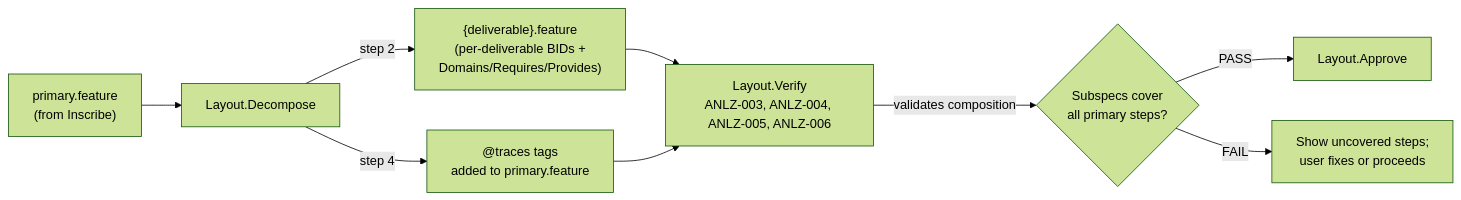
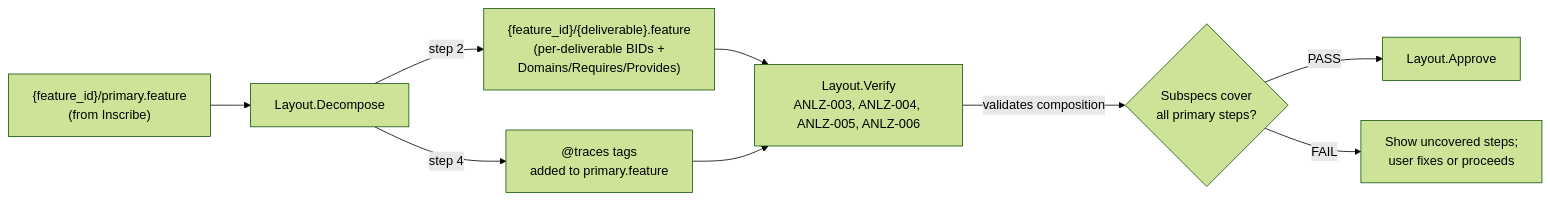
The diagram in docs/diagrams/diagrams.md (v0idbit/haileris), drawn with Mermaid (forest theme) before and after one commit. The commit also changed other lines of this file and 42 other files, not shown here.

````diff
--- a/docs/diagrams/diagrams.md
+++ b/docs/diagrams/diagrams.md
@@ -132,14 +53,14 @@
 ```mermaid
 flowchart LR
-    PS_IN["primary.feature<br>(from Inscribe)"] --> DEC["Layout.Decompose"]
+    PS_IN["{feature_id}/primary.feature<br>(from Inscribe)"] --> DEC["Layout.Decompose"]
 
-    DEC -->|"step 2"| CS["{deliverable}.feature<br>(per-deliverable BIDs +<br>Domains/Requires/Provides)"]
+    DEC -->|"step 2"| CS["{feature_id}/{deliverable}.feature<br>(per-deliverable BIDs +<br>Domains/Requires/Provides)"]
     DEC -->|"step 4"| TR["@traces tags<br>added to primary.feature"]
 
     CS --> V["Layout.Verify<br>ANLZ-003, ANLZ-004, ANLZ-005, ANLZ-006"]
     TR --> V
 
     V -->|"validates composition"| RESULT{"Subspecs cover<br>all primary steps?"}
     RESULT -->|PASS| AP["Layout.Approve"]
     RESULT -->|FAIL| FIX["Show uncovered steps;<br>user fixes or proceeds"]
 ```
````
